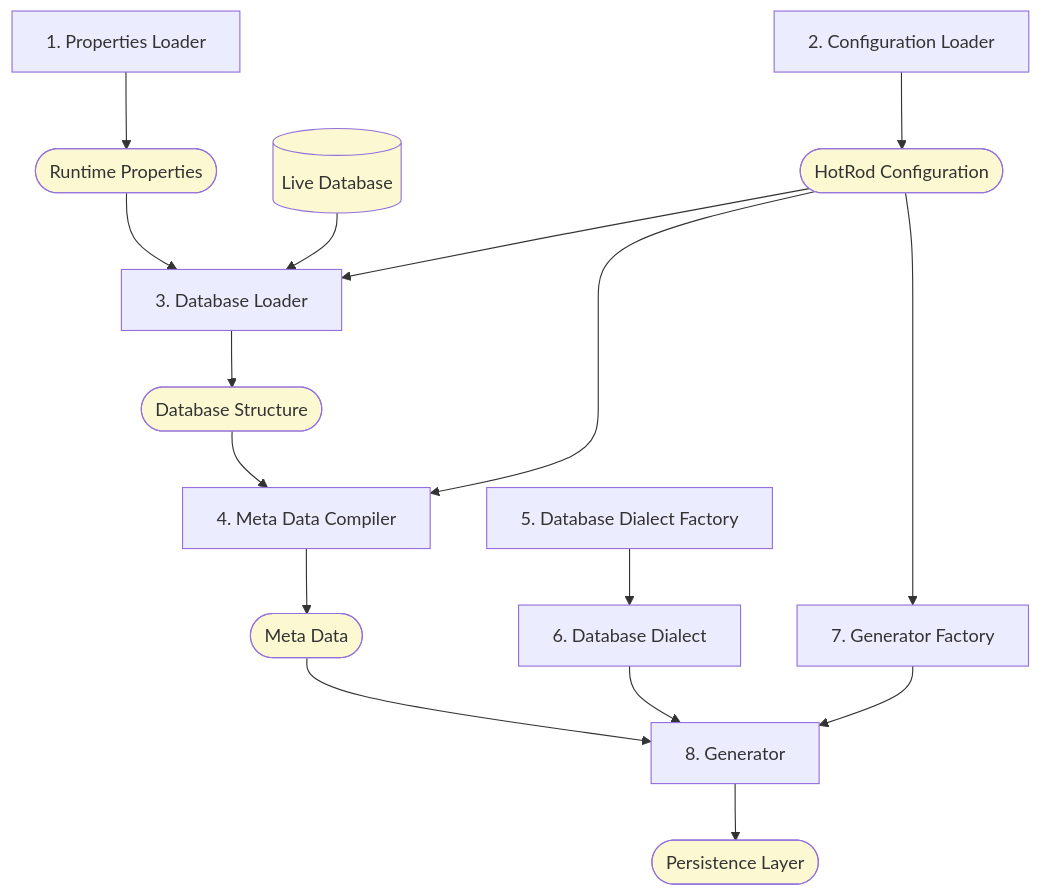
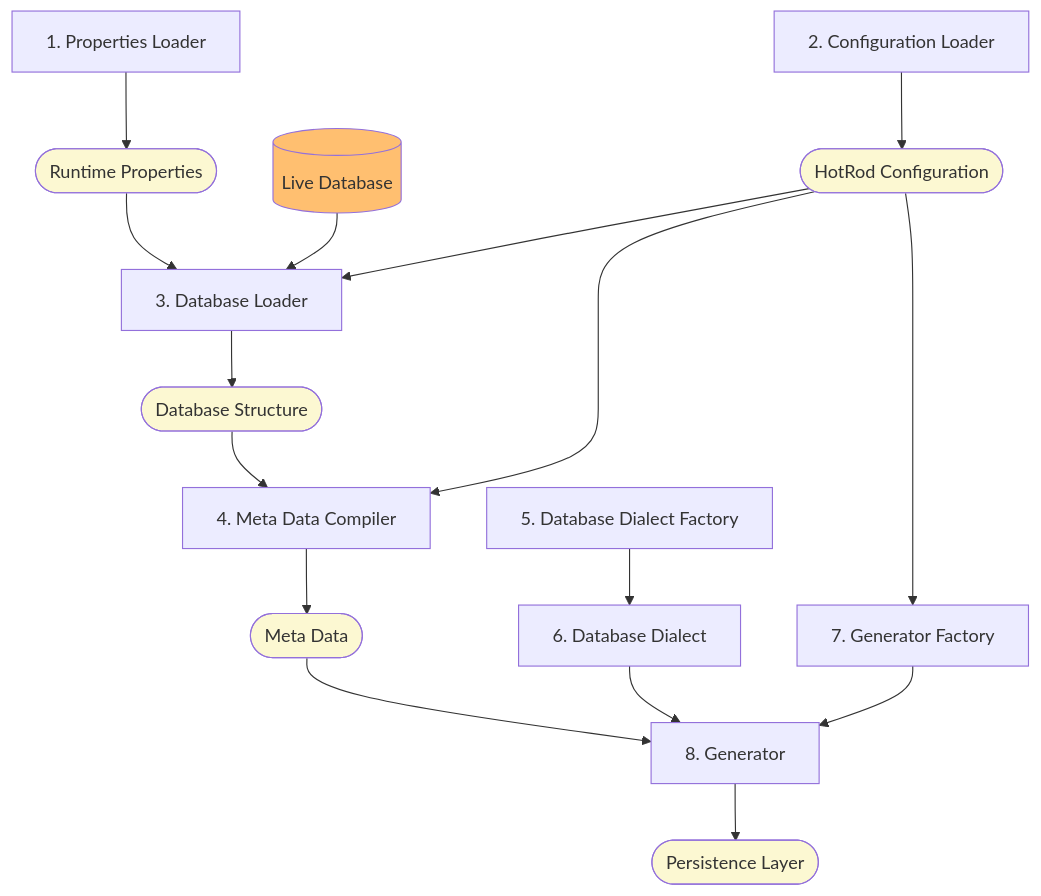
One commit to hotrodorm/hotrod changed the diagram in hotrod-project/docs/architecture.md. Above: the diagram before and after it, drawn with Mermaid.

````diff
--- a/hotrod-project/docs/architecture.md
+++ b/hotrod-project/docs/architecture.md
@@ -17,30 +17,30 @@
 ```mermaid
 graph TD;
 
 A[1. Properties Loader] --> B([Runtime Properties]);
 style B fill:#fcf8d2
 
 B --> F[3. Database Loader];
 G[(Live Database)] --> F;
-style G fill:#fcf8d2
+style G fill:#ffbf70
 C[2. Configuration Loader] --> D([HotRod Configuration]);
 style D fill:#fcf8d2
 D --> F;
 F --> E([Database Structure]);
 style E fill:#fcf8d2
 
 E --> H[4. Meta Data Compiler];
 D --> H;
 H --> I([Meta Data]);
 style I fill:#fcf8d2
 
 D --> J[7. Generator Factory];
 J --> K[8. Generator];
 I --> K;
 K --> L([Persistence Layer]);
 style L fill:#fcf8d2
 
 M[5. Database Dialect Factory] --> N[6. Database Dialect];
 N --> K;
 
 ```
````
